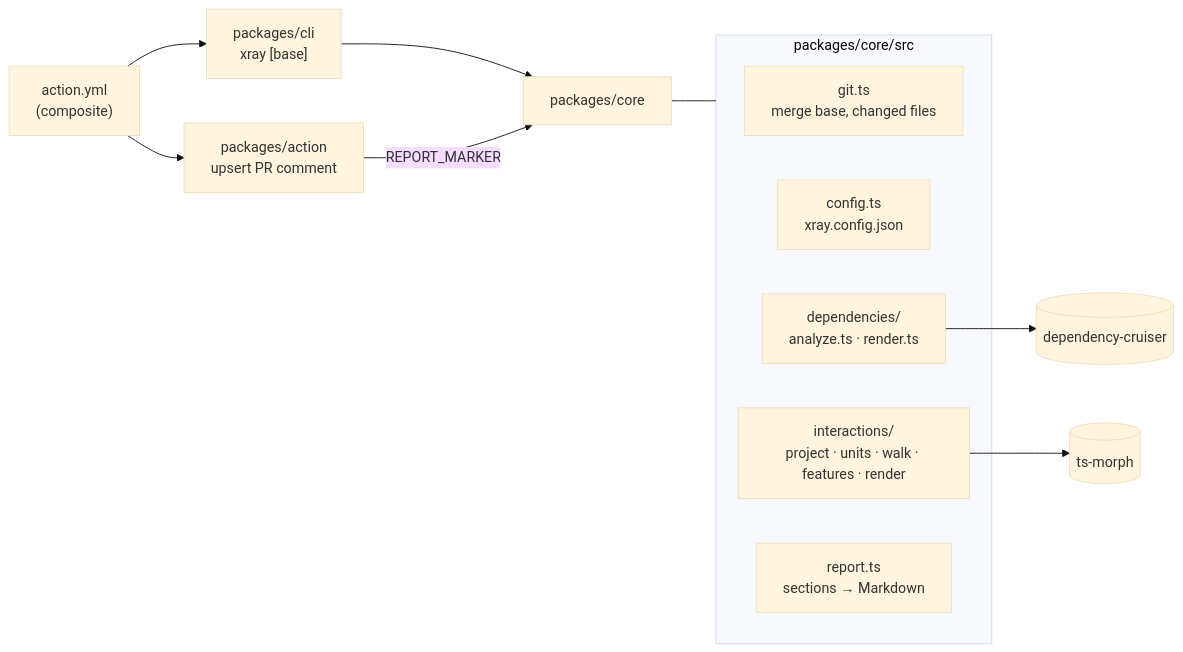
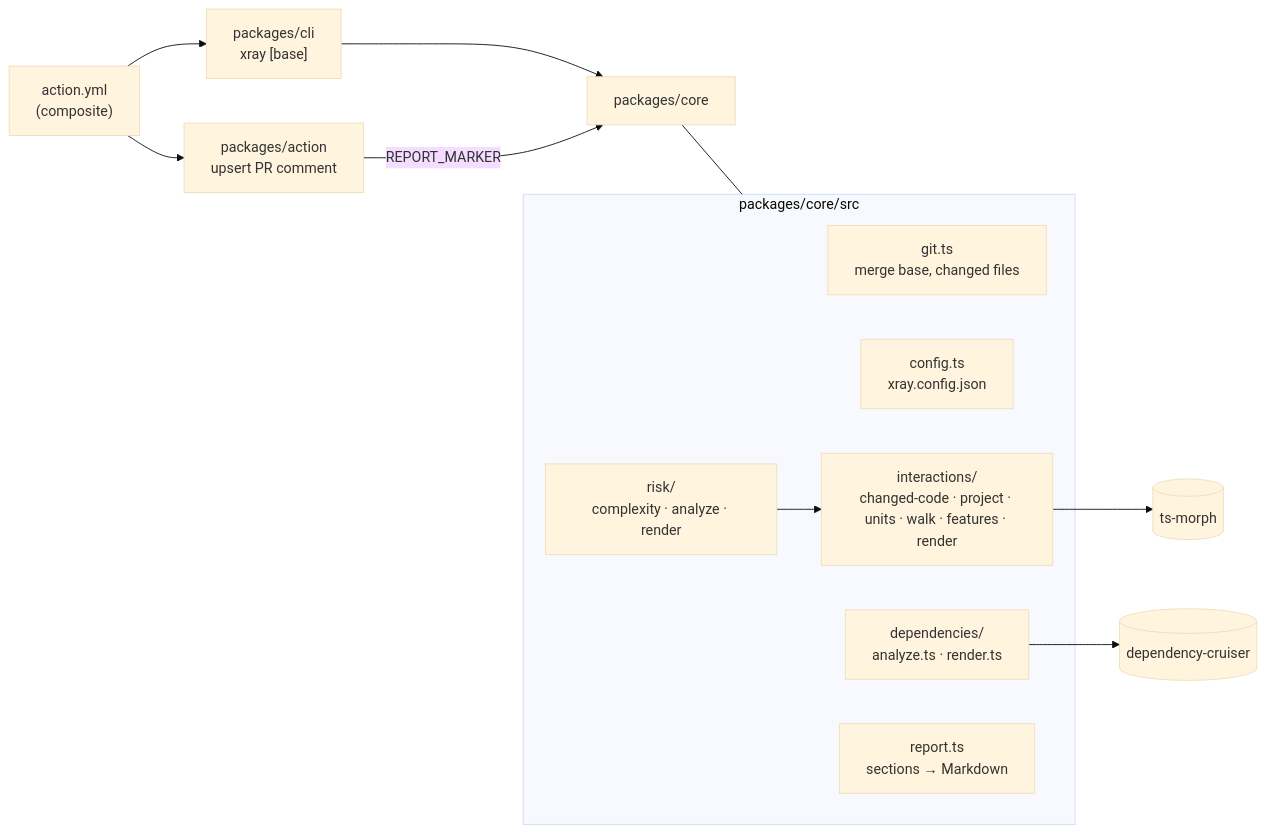
Before and after one commit to pearpages/xray: the diagram in architecture.md, drawn with Mermaid (base theme). The commit also changed other lines of this file and 11 other files, not shown here.

````diff
--- a/architecture.md
+++ b/architecture.md
@@ -21,17 +21,19 @@
 ```mermaid
 flowchart LR
   action_yml["action.yml<br/>(composite)"] --> cli["packages/cli<br/>xray [base]"]
   action_yml --> comment["packages/action<br/>upsert PR comment"]
   cli --> core["packages/core"]
   comment -->|REPORT_MARKER| core
   subgraph core_internals["packages/core/src"]
     git["git.ts<br/>merge base, changed files"]
     config["config.ts<br/>xray.config.json"]
     deps["dependencies/<br/>analyze.ts · render.ts"]
-    inter["interactions/<br/>project · units · walk · features · render"]
+    inter["interactions/<br/>changed-code · project · units · walk · features · render"]
+    risk["risk/<br/>complexity · analyze · render"]
     report["report.ts<br/>sections → Markdown"]
   end
   core --- core_internals
   deps --> depcruise[("dependency-cruiser")]
   inter --> tsmorph[("ts-morph")]
+  risk --> inter
 ```
````
